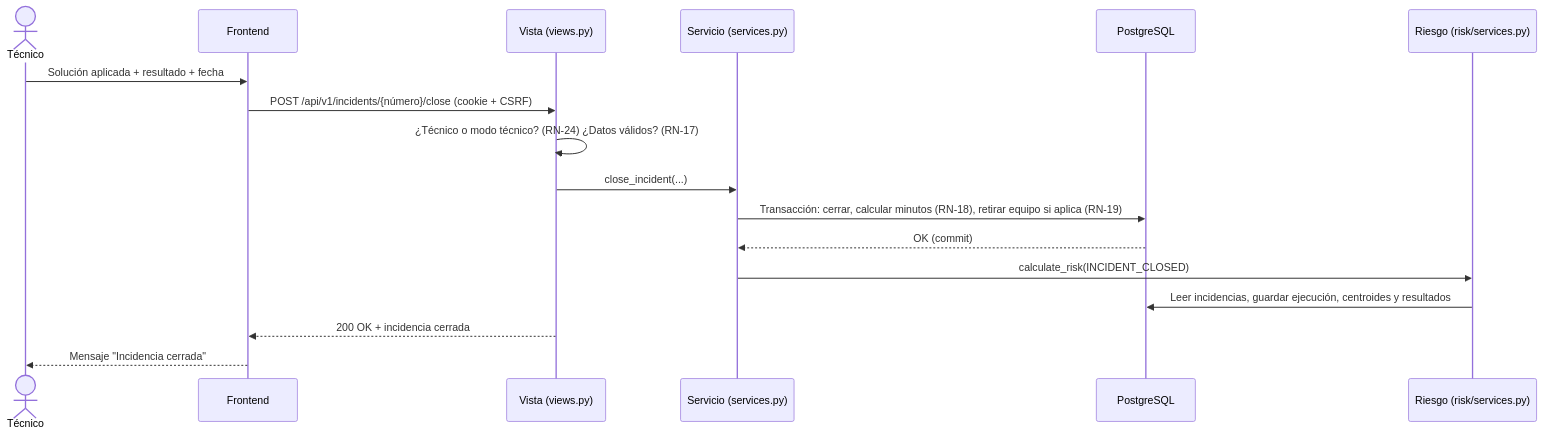
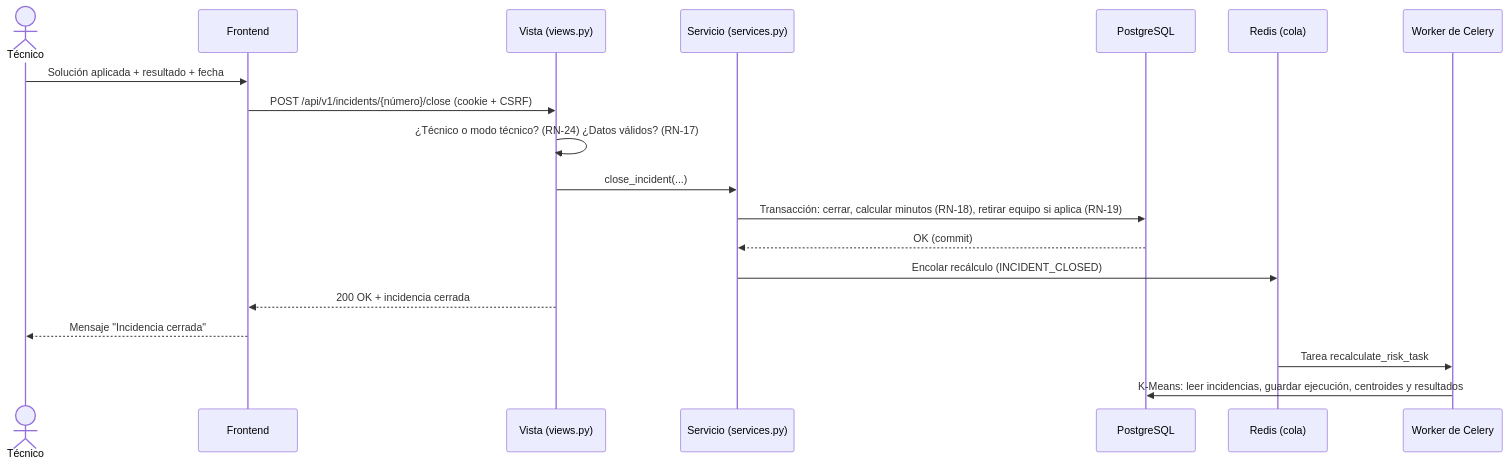
The third of 5 diagrams in docs/DOCUMENTO_PARA_TESIS.md (SnayderC/NexoLab), drawn with Mermaid before and after one commit. The commit also changed other lines of this file and 80 other files, not shown here.

Commit message:
feat: Celery y Redis con recálculo cada 15 min, anular equipo, análisis de k, tablet, bitácora y pruebas del frontend

````diff
--- a/docs/DOCUMENTO_PARA_TESIS.md
+++ b/docs/DOCUMENTO_PARA_TESIS.md
@@ -277,19 +373,21 @@
 ```mermaid
 sequenceDiagram
     actor T as Técnico
     participant F as Frontend
     participant V as Vista (views.py)
     participant S as Servicio (services.py)
     participant BD as PostgreSQL
-    participant R as Riesgo (risk/services.py)
+    participant Q as Redis (cola)
+    participant W as Worker de Celery
     T->>F: Solución aplicada + resultado + fecha
     F->>V: POST /api/v1/incidents/{número}/close (cookie + CSRF)
     V->>V: ¿Técnico o modo técnico? (RN-24) ¿Datos válidos? (RN-17)
     V->>S: close_incident(...)
     S->>BD: Transacción: cerrar, calcular minutos (RN-18), retirar equipo si aplica (RN-19)
     BD-->>S: OK (commit)
-    S->>R: calculate_risk(INCIDENT_CLOSED)
-    R->>BD: Leer incidencias, guardar ejecución, centroides y resultados
+    S->>Q: Encolar recálculo (INCIDENT_CLOSED)
     V-->>F: 200 OK + incidencia cerrada
     F-->>T: Mensaje "Incidencia cerrada"
+    Q->>W: Tarea recalculate_risk_task
+    W->>BD: K-Means: leer incidencias, guardar ejecución, centroides y resultados
 ```
````
